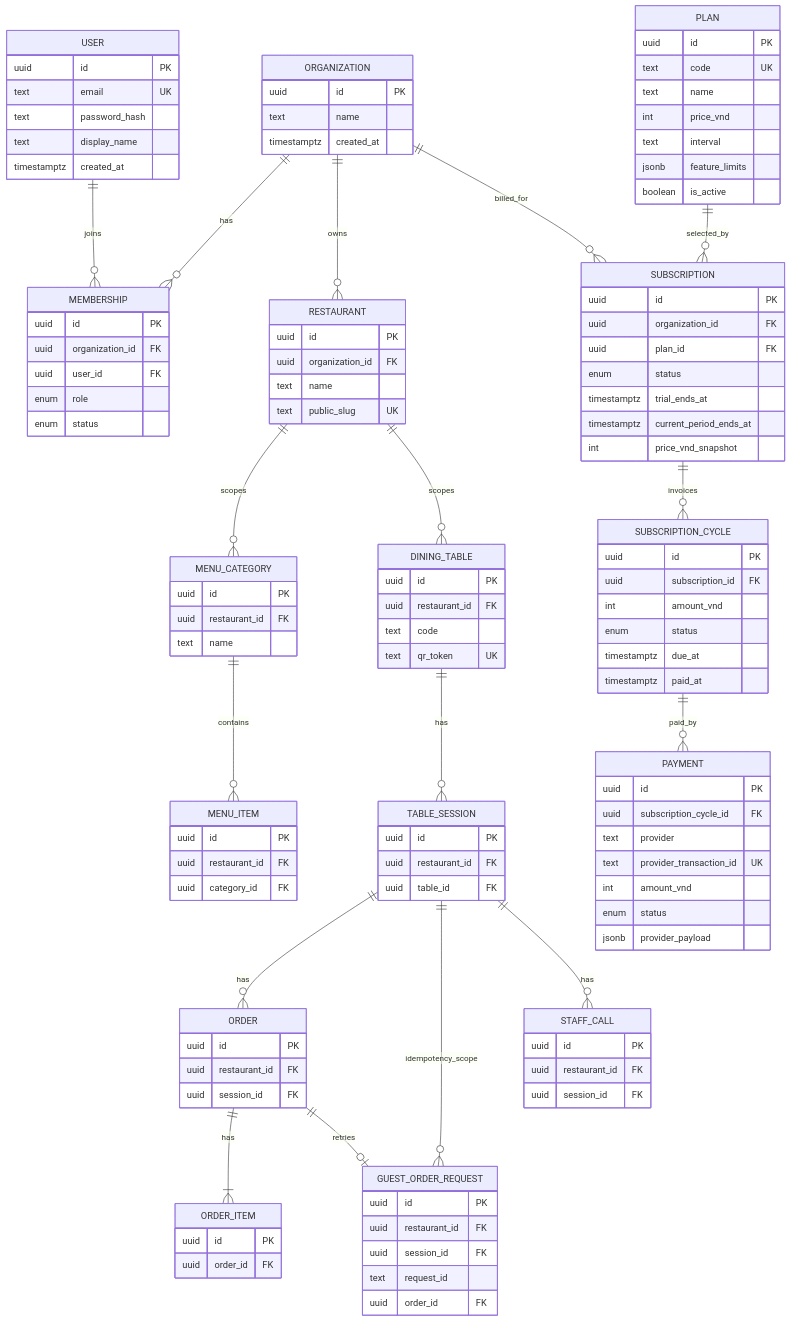
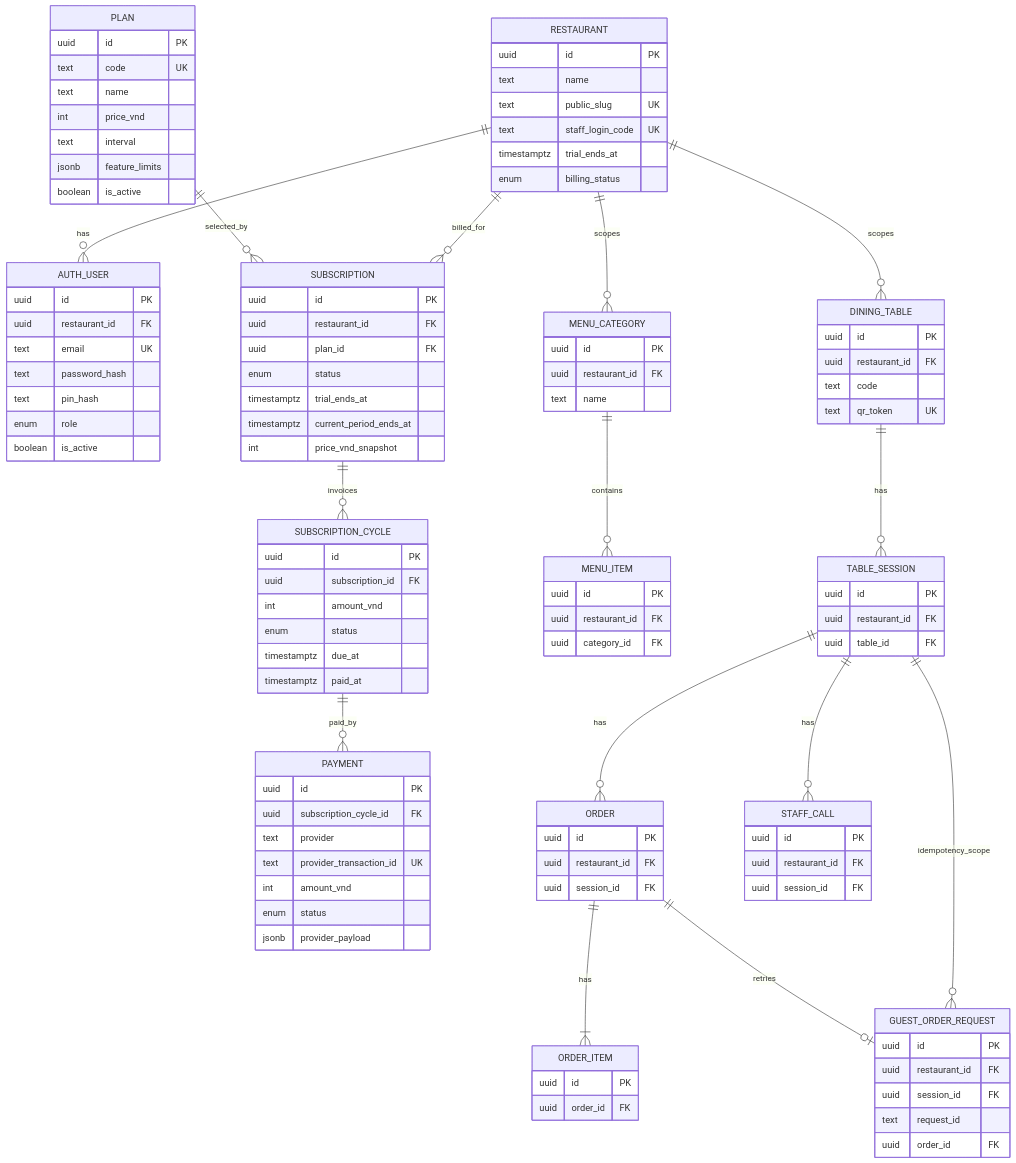
The second of 3 diagrams in ai-docs/10-saas-evolution.md (thanhquing/kimthanh-tableqr), drawn with Mermaid before and after one commit. The commit also changed other lines of this file and 8 other files, not shown here.

````diff
--- a/ai-docs/10-saas-evolution.md
+++ b/ai-docs/10-saas-evolution.md
@@ -38,9 +42,7 @@
 ```mermaid
 erDiagram
-  USER ||--o{ MEMBERSHIP : joins
-  ORGANIZATION ||--o{ MEMBERSHIP : has
-  ORGANIZATION ||--o{ RESTAURANT : owns
-  ORGANIZATION ||--o{ SUBSCRIPTION : billed_for
+  RESTAURANT ||--o{ AUTH_USER : has
+  RESTAURANT ||--o{ SUBSCRIPTION : billed_for
   PLAN ||--o{ SUBSCRIPTION : selected_by
   SUBSCRIPTION ||--o{ SUBSCRIPTION_CYCLE : invoices
   SUBSCRIPTION_CYCLE ||--o{ PAYMENT : paid_by
@@ -54,30 +56,22 @@
   ORDER ||--o| GUEST_ORDER_REQUEST : retries
   TABLE_SESSION ||--o{ STAFF_CALL : has
 
-  USER {
+  RESTAURANT {
     uuid id PK
+    text name
+    text public_slug UK
+    text staff_login_code UK
+    timestamptz trial_ends_at
+    enum billing_status
+  }
+  AUTH_USER {
+    uuid id PK
+    uuid restaurant_id FK
     text email UK
     text password_hash
-    text display_name
-    timestamptz created_at
-  }
-  ORGANIZATION {
-    uuid id PK
-    text name
-    timestamptz created_at
-  }
-  MEMBERSHIP {
-    uuid id PK
-    uuid organization_id FK
-    uuid user_id FK
+    text pin_hash
     enum role
-    enum status
-  }
-  RESTAURANT {
-    uuid id PK
-    uuid organization_id FK
-    text name
-    text public_slug UK
+    boolean is_active
   }
   PLAN {
     uuid id PK
@@ -90,7 +84,7 @@
   }
   SUBSCRIPTION {
     uuid id PK
-    uuid organization_id FK
+    uuid restaurant_id FK
     uuid plan_id FK
     enum status
     timestamptz trial_ends_at
````
